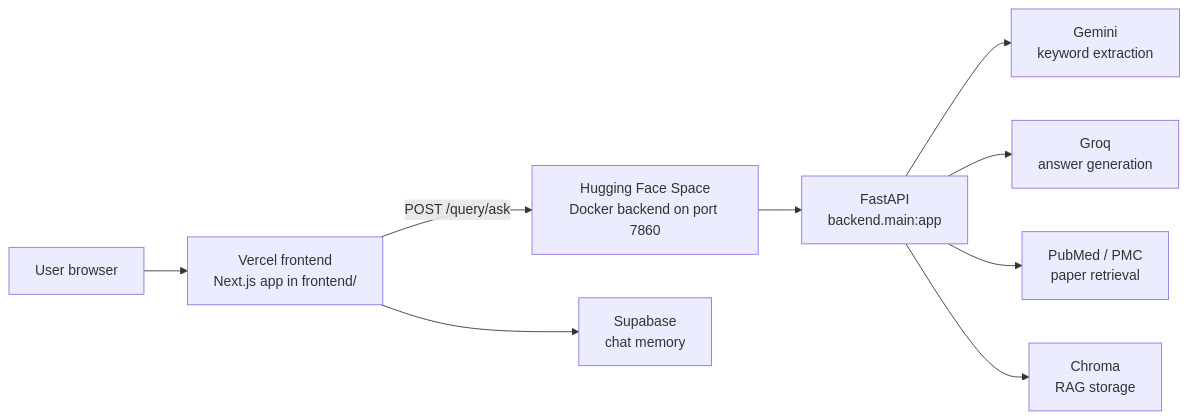
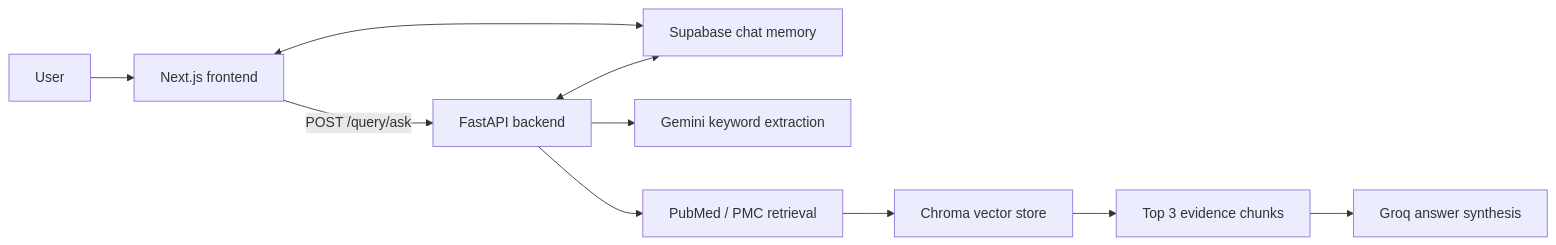
Before and after one commit to kousumi04/MedInsight: the diagram in README.md, drawn with Mermaid. The commit also changed other lines of this file, not shown here.

````diff
--- a/README.md
+++ b/README.md
@@ -16,11 +25,12 @@
 ```mermaid
 flowchart LR
-    U[User browser] --> V[Vercel frontend<br/>Next.js app in frontend/]
-    V -->|POST /query/ask| H[Hugging Face Space<br/>Docker backend on port 7860]
-    H --> F[FastAPI<br/>backend.main:app]
-    F --> G[Gemini<br/>keyword extraction]
-    F --> R[Groq<br/>answer generation]
-    F --> P[PubMed / PMC<br/>paper retrieval]
-    F --> C[Chroma<br/>RAG storage]
-    V --> S[Supabase<br/>chat memory]
+    U[User] --> F[Next.js frontend]
+    F -->|POST /query/ask| A[FastAPI backend]
+    F <--> S[Supabase chat memory]
+    A --> K[Gemini keyword extraction]
+    A --> P[PubMed / PMC retrieval]
+    P --> C[Chroma vector store]
+    C --> R[Top 3 evidence chunks]
+    R --> G[Groq answer synthesis]
+    A <--> S
 ```
````
